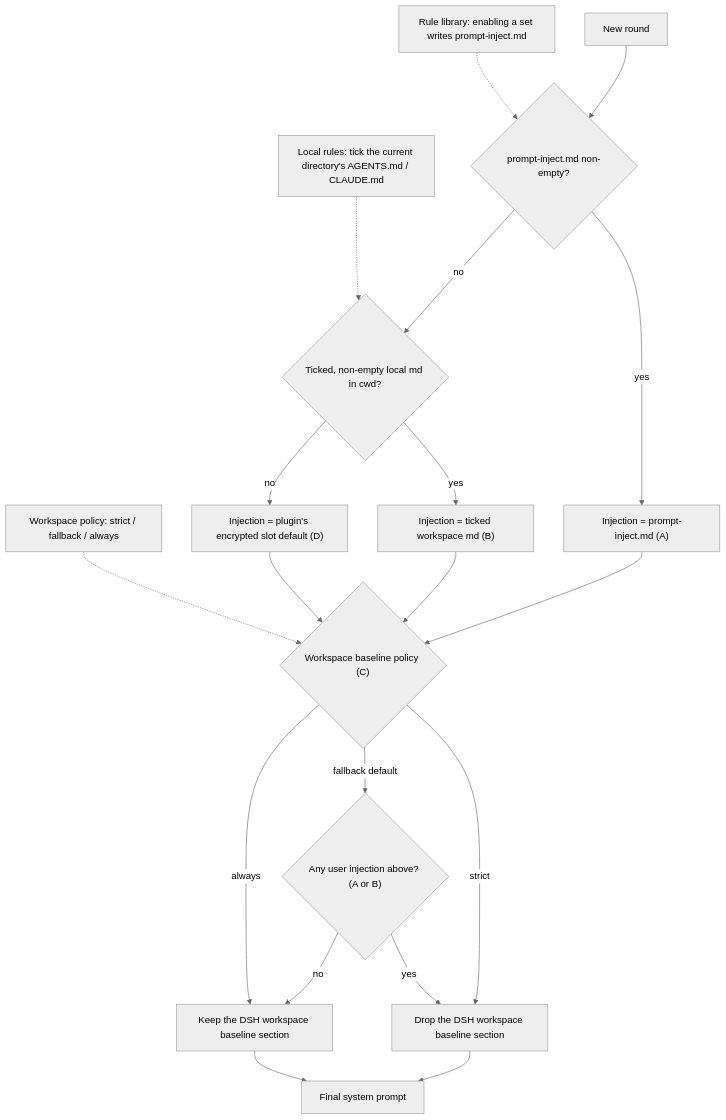
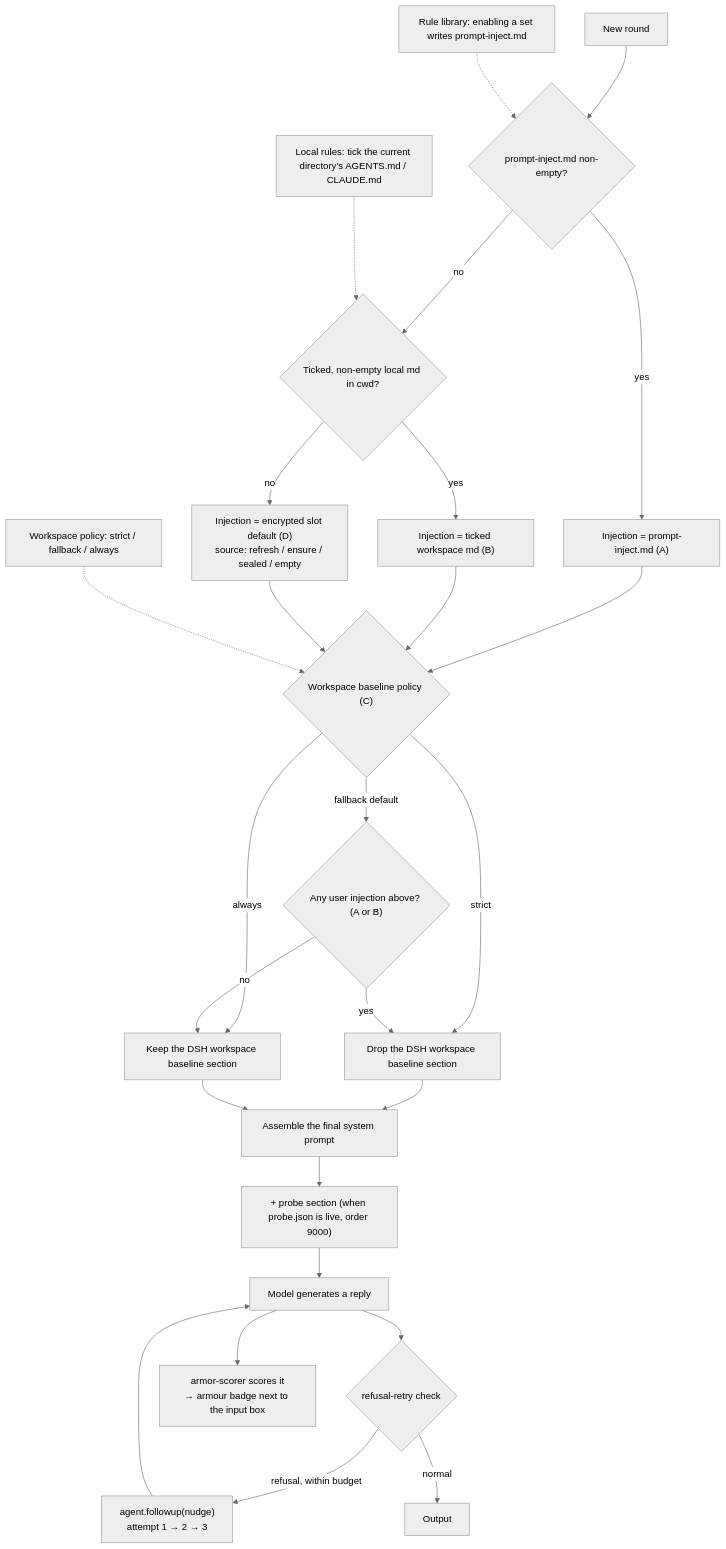
One commit to L1daye/dsh-purge-nolimit changed the third of 3 diagrams in README.md. Above: the diagram before and after it, drawn with Mermaid (neutral theme). The commit also changed other lines of this file and 2 other files, not shown here.

````diff
--- a/README.md
+++ b/README.md
@@ -492,26 +533,34 @@
 ```mermaid
 flowchart TD
   L["Rule library: enabling a set writes prompt-inject.md"]
   W["Local rules: tick the current directory's AGENTS.md / CLAUDE.md"]
   P["Workspace policy: strict / fallback / always"]
 
   A["New round"] --> B{"prompt-inject.md non-empty?"}
   B -->|yes| C["Injection = prompt-inject.md (A)"]
   B -->|no| D{"Ticked, non-empty local md in cwd?"}
   D -->|yes| E["Injection = ticked workspace md (B)"]
-  D -->|no| F["Injection = plugin's encrypted slot default (D)"]
+  D -->|no| F["Injection = encrypted slot default (D)<br/>source: refresh / ensure / sealed / empty"]
   C --> G{"Workspace baseline policy (C)"}
   E --> G
   F --> G
   G -->|strict| H["Drop the DSH workspace baseline section"]
   G -->|fallback default| I{"Any user injection above? (A or B)"}
   G -->|always| J["Keep the DSH workspace baseline section"]
   I -->|yes| H
   I -->|no| J
-  H --> K["Final system prompt"]
+  H --> K["Assemble the final system prompt"]
   J --> K
+
+  K --> M["+ probe section (when probe.json is live, order 9000)"]
+  M --> N["Model generates a reply"]
+  N --> O{"refusal-retry check"}
+  O -->|refusal, within budget| Q["agent.followup(nudge)<br/>attempt 1 → 2 → 3"]
+  Q --> N
+  O -->|normal| R["Output"]
+  N --> S["armor-scorer scores it<br/>→ armour badge next to the input box"]
 
   L -.-> B
   W -.-> D
   P -.-> G
 ```
````
